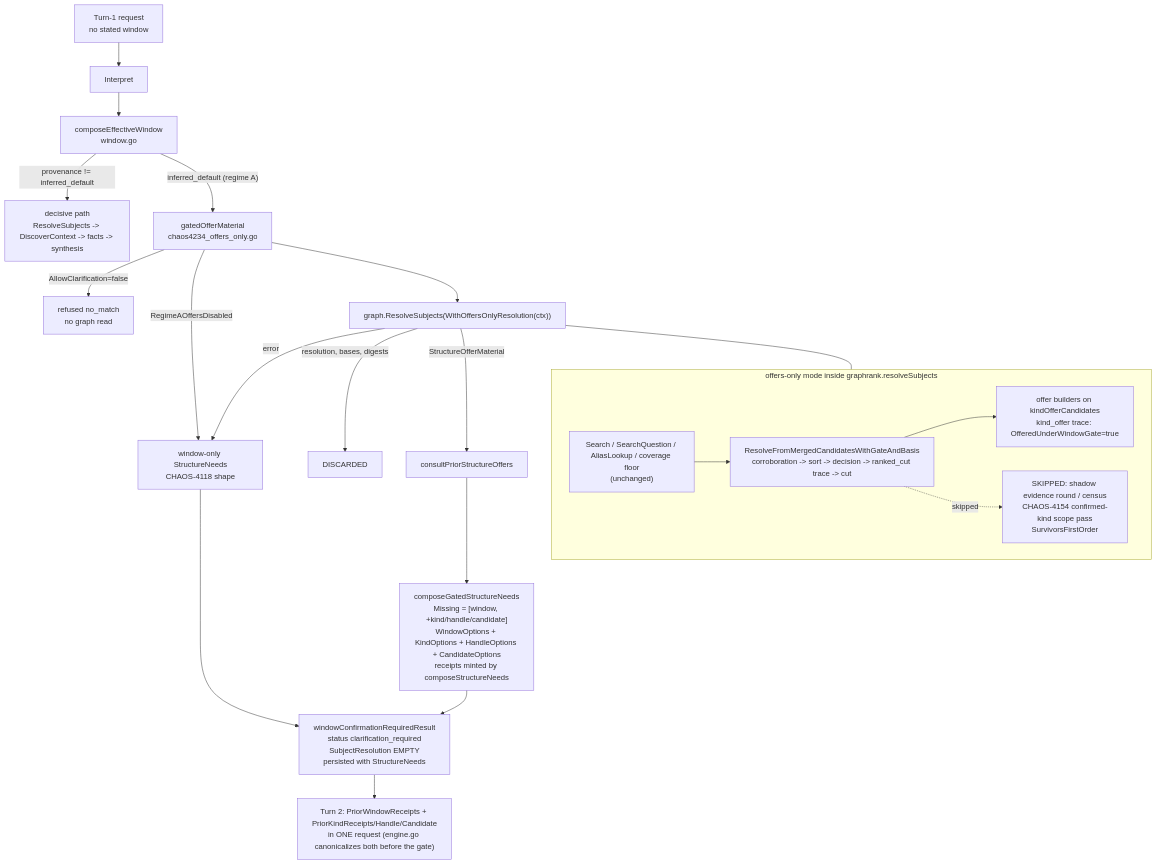
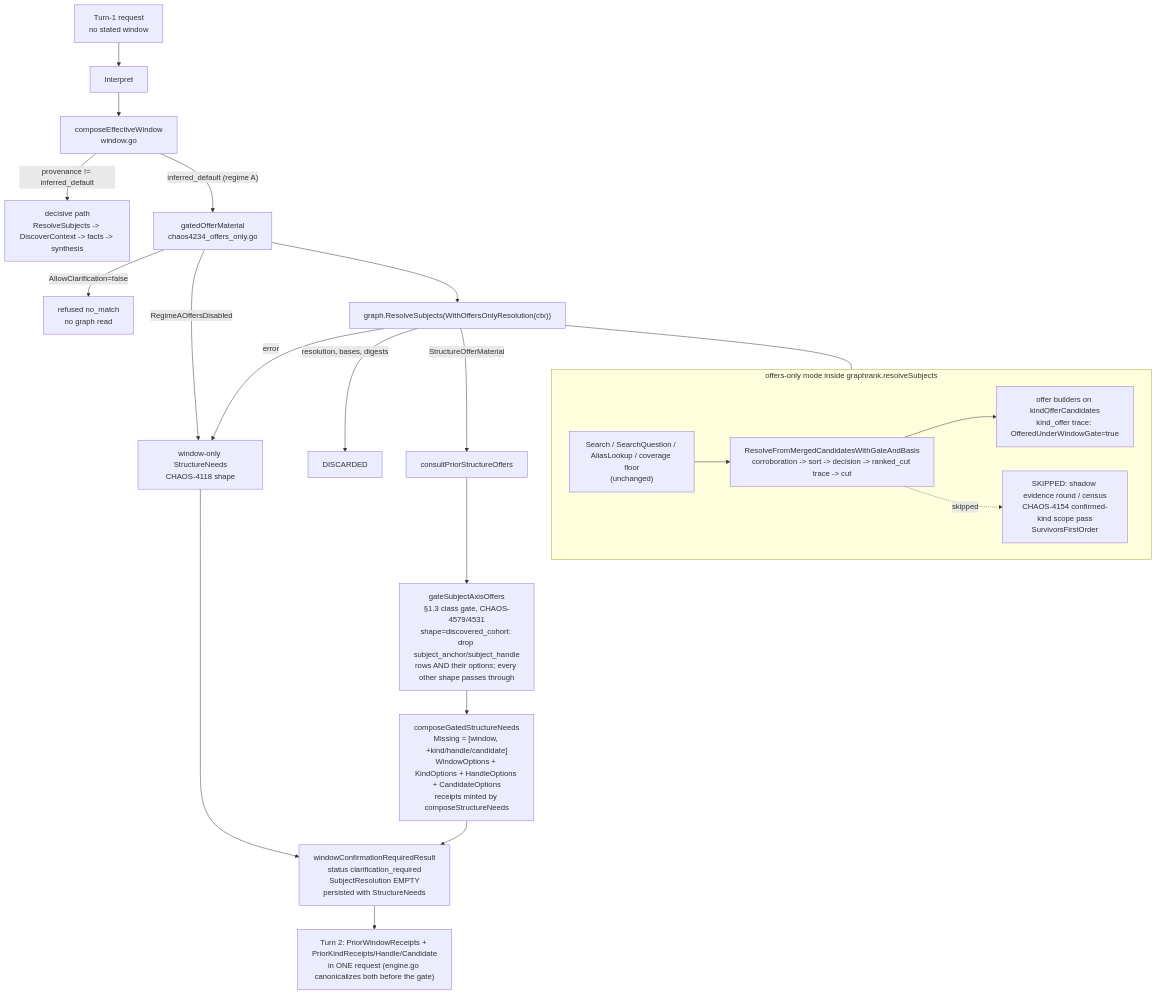
Before and after one commit to full-chaos/dev-health-acr: the diagram in docs/design/context-fabric-regime-a-offers.md, drawn with Mermaid. The commit also changed other lines of this file and 9 other files, not shown here.

````diff
--- a/docs/design/context-fabric-regime-a-offers.md
+++ b/docs/design/context-fabric-regime-a-offers.md
@@ -33,27 +33,28 @@
 ```mermaid
 flowchart TD
     Q[Turn-1 request<br/>no stated window] --> I[Interpret]
     I --> EW[composeEffectiveWindow<br/>window.go]
     EW -- "provenance != inferred_default" --> D[decisive path<br/>ResolveSubjects -> DiscoverContext -> facts -> synthesis]
     EW -- "inferred_default (regime A)" --> G[gatedOfferMaterial<br/>chaos4234_offers_only.go]
     G -- "AllowClarification=false" --> RF[refused no_match<br/>no graph read]
     G -- "RegimeAOffersDisabled" --> WO[window-only StructureNeeds<br/>CHAOS-4118 shape]
     G --> RS["graph.ResolveSubjects(WithOffersOnlyResolution(ctx))"]
     RS -- "error" --> WO
     RS -- "resolution, bases, digests" --> X[DISCARDED]
     RS -- "StructureOfferMaterial" --> P[consultPriorStructureOffers]
-    P --> C["composeGatedStructureNeeds<br/>Missing = [window, +kind/handle/candidate]<br/>WindowOptions + KindOptions + HandleOptions + CandidateOptions<br/>receipts minted by composeStructureNeeds"]
+    P --> CG["gateSubjectAxisOffers<br/>§1.3 class gate, CHAOS-4579/4531<br/>shape=discovered_cohort: drop subject_anchor/subject_handle<br/>rows AND their options; every other shape passes through"]
+    CG --> C["composeGatedStructureNeeds<br/>Missing = [window, +kind/handle/candidate]<br/>WindowOptions + KindOptions + HandleOptions + CandidateOptions<br/>receipts minted by composeStructureNeeds"]
     WO --> R
     C --> R[windowConfirmationRequiredResult<br/>status clarification_required<br/>SubjectResolution EMPTY<br/>persisted with StructureNeeds]
     R --> T2["Turn 2: PriorWindowReceipts + PriorKindReceipts/Handle/Candidate<br/>in ONE request (engine.go canonicalizes both before the gate)"]
 
     subgraph OFFERS_ONLY["offers-only mode inside graphrank.resolveSubjects"]
         S1["Search / SearchQuestion / AliasLookup / coverage floor<br/>(unchanged)"]
         S2["ResolveFromMergedCandidatesWithGateAndBasis<br/>corroboration -> sort -> decision -> ranked_cut trace -> cut"]
         S3["SKIPPED: shadow evidence round / census<br/>CHAOS-4154 confirmed-kind scope pass<br/>SurvivorsFirstOrder"]
         S4["offer builders on kindOfferCandidates<br/>kind_offer trace: OfferedUnderWindowGate=true"]
         S1 --> S2 --> S4
         S2 -. "skipped" .-> S3
     end
     RS --- OFFERS_ONLY
 ```
````
